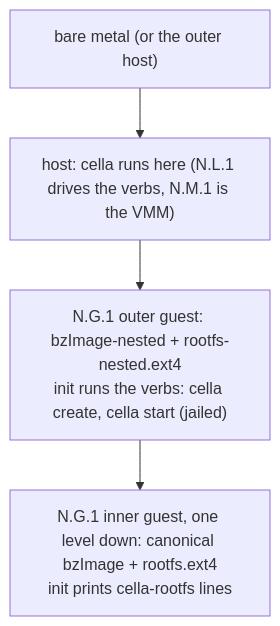
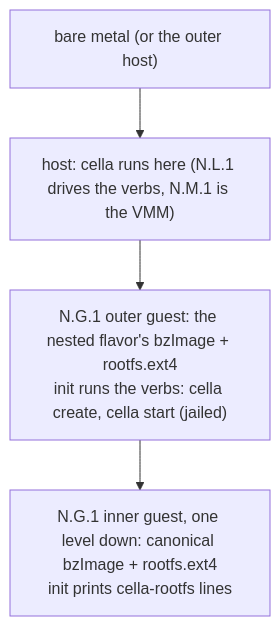
One commit to omne-earth/cella changed the first of 2 diagrams in docs/NESTED-BOOT.md. Above: the diagram before and after it, drawn with Mermaid. The commit also changed 3 other files, not shown here.

Commit message:
Correct six diagram claims found by the mermaid audit

````diff
--- a/docs/NESTED-BOOT.md
+++ b/docs/NESTED-BOOT.md
@@ -27,6 +27,6 @@
 ```mermaid
 flowchart TD
     L0["bare metal (or the outer host)"] --> L1["host: cella runs here (N.L.1 drives the verbs, N.M.1 is the VMM)"]
-    L1 --> L2["N.G.1 outer guest: bzImage-nested + rootfs-nested.ext4<br/>init runs the verbs: cella create, cella start (jailed)"]
+    L1 --> L2["N.G.1 outer guest: the nested flavor's bzImage + rootfs.ext4<br/>init runs the verbs: cella create, cella start (jailed)"]
     L2 --> L3["N.G.1 inner guest, one level down: canonical bzImage + rootfs.ext4<br/>init prints cella-rootfs lines"]
 ```
````
